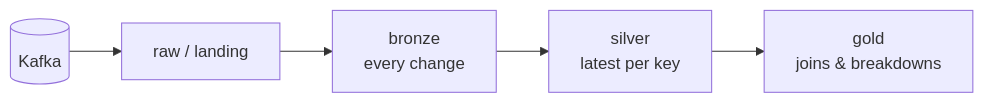
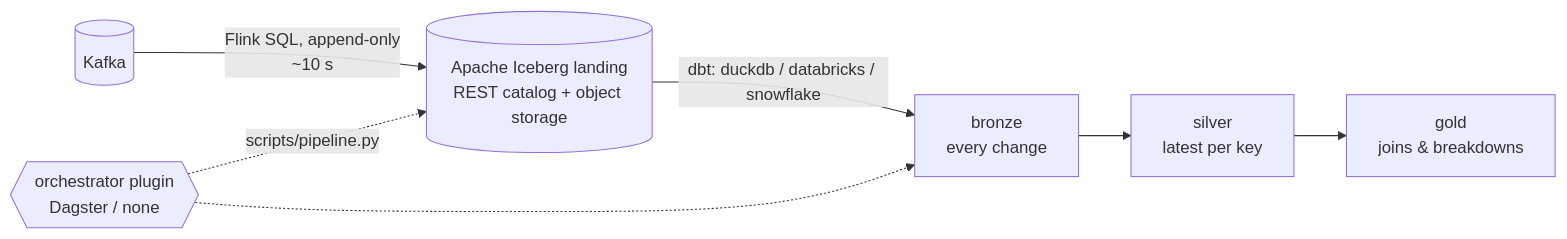
The diagram in README.md (VishnuT-Procore/cookiecutter-data-engineering), drawn with Mermaid before and after one commit. The commit also changed other lines of this file and 129 other files, not shown here.

First line of the commit message:
Restructure around open contracts: Kafka -> Iceberg landing -> pluggable target

````diff
--- a/README.md
+++ b/README.md
@@ -7,4 +7,9 @@
 ```mermaid
 flowchart LR
-    K[(Kafka)] --> R[raw / landing] --> B[bronze<br/>every change] --> S[silver<br/>latest per key] --> G[gold<br/>joins & breakdowns]
+    K[(Kafka)] -->|Flink SQL, append-only<br/>~10 s| L[(Apache Iceberg landing<br/>REST catalog + object storage)]
+    L -->|dbt: duckdb / databricks / snowflake| B[bronze<br/>every change]
+    B --> S[silver<br/>latest per key]
+    S --> G[gold<br/>joins & breakdowns]
+    O{{orchestrator plugin<br/>Dagster / none}} -.->|scripts/pipeline.py| L
+    O -.-> B
 ```
````
